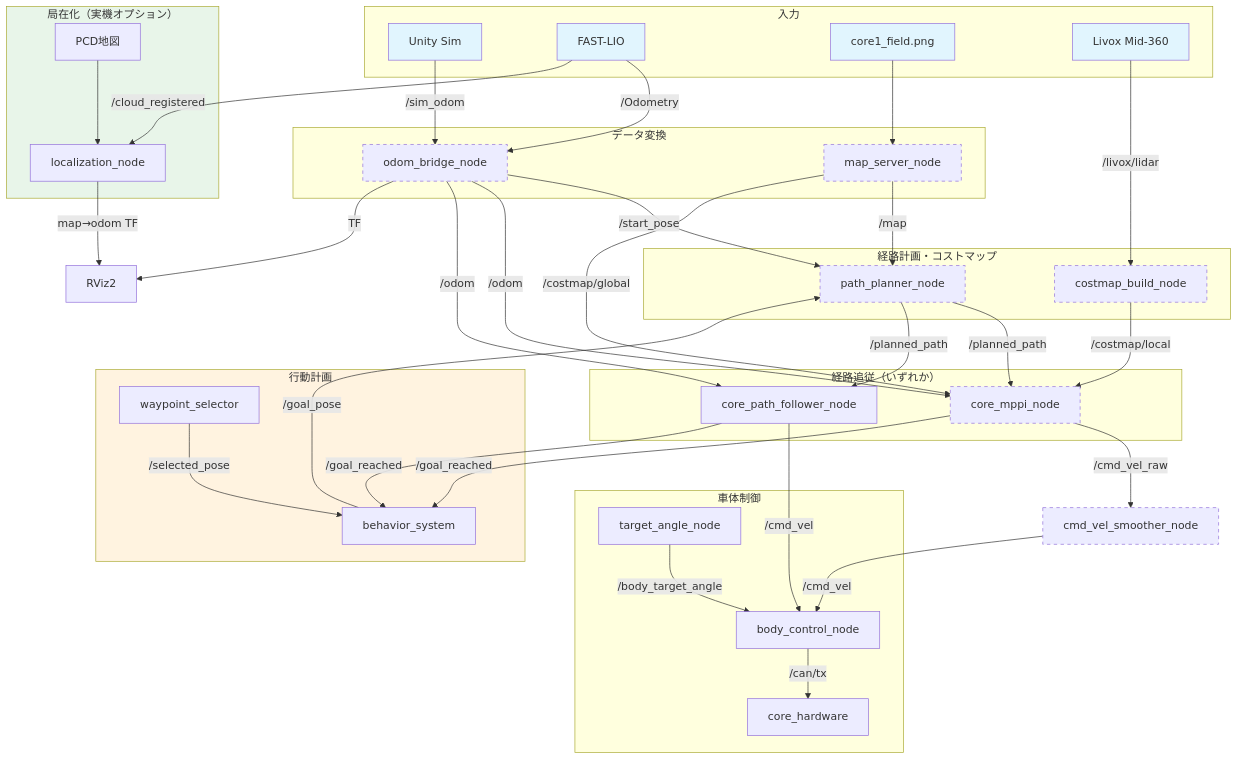
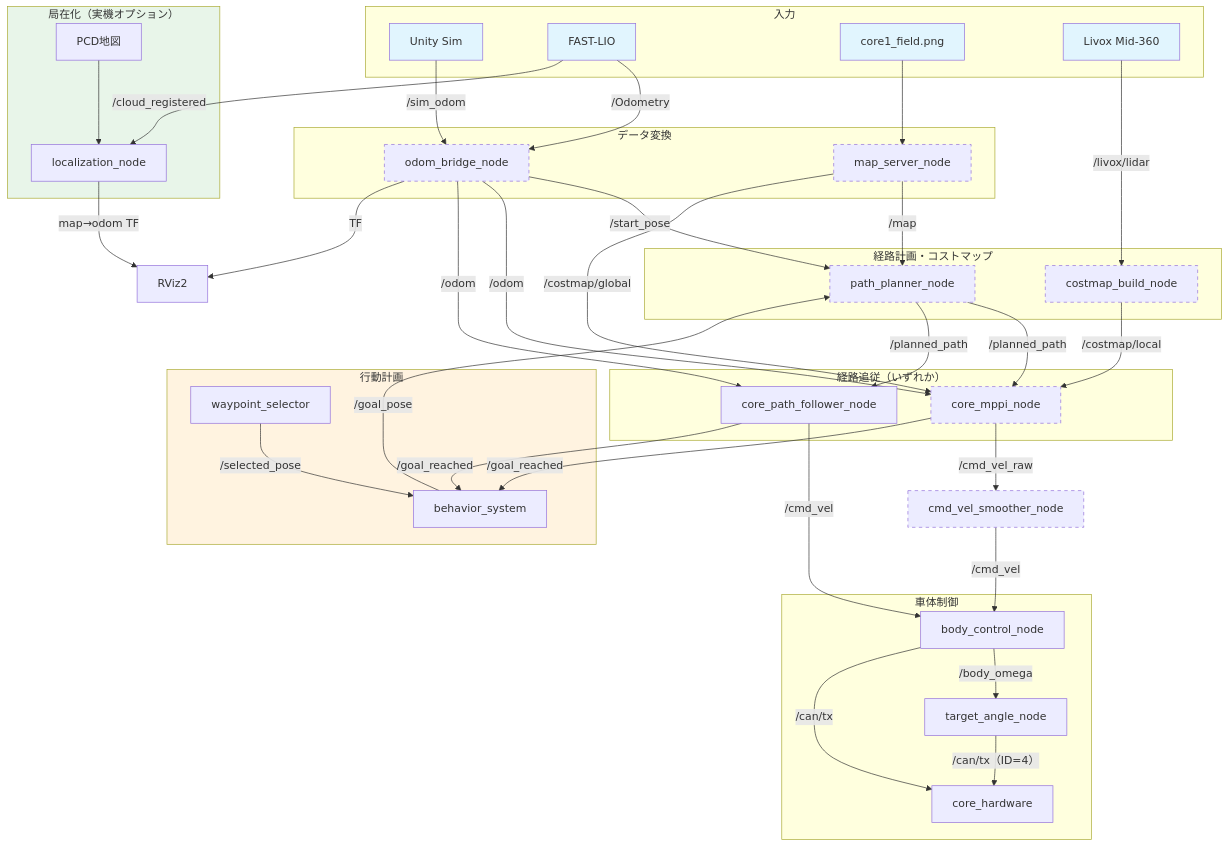
The first of 3 diagrams in docs/architecture/overview.md (team-continue/core2026), drawn with Mermaid before and after one commit. The commit also changed 15 other files, not shown here.

Commit message:
fix(body-controller): harden command and yaw safety

```diff
--- a/docs/architecture/overview.md
+++ b/docs/architecture/overview.md
@@ -126,8 +126,9 @@
     PathFollower -->|/cmd_vel| BodyController
     MPPI -->|/goal_reached| BehaviorSystem
     PathFollower -->|/goal_reached| BehaviorSystem
-    TargetAngle -->|/body_target_angle| BodyController
+    BodyController -->|/body_omega| TargetAngle
     BodyController -->|/can/tx| Hardware
+    TargetAngle -->|"/can/tx（ID=4）"| Hardware
 
     subgraph Localization["局在化（実機オプション）"]
         PCDMap["PCD地図"] --> LocalizationNode["localization_node"]
```
